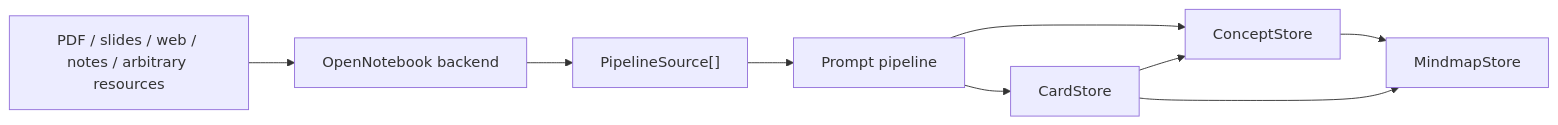
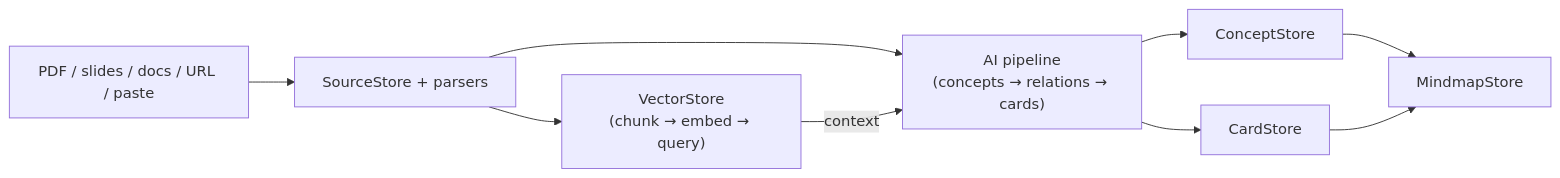
One commit to yizhang-dream/siyuan-all-in-one changed the diagram in README.md. Above: the diagram before and after it, drawn with Mermaid. The commit also changed other lines of this file and 2 other files, not shown here.

Commit message:
docs: rewrite README and ARCHITECTURE for v2.0 state

````diff
--- a/README.md
+++ b/README.md
@@ -24,19 +19,19 @@
 ```mermaid
 flowchart LR
-  Raw["PDF / slides / web / notes / arbitrary resources"]
-  ON["OpenNotebook backend"]
-  Sources["PipelineSource[]"]
-  AI["Prompt pipeline"]
+  Raw["PDF / slides / docs / URL / paste"]
+  Sources["SourceStore + parsers"]
+  AI["AI pipeline\n(concepts → relations → cards)"]
   Concepts["ConceptStore"]
   Cards["CardStore"]
   Maps["MindmapStore"]
+  RAG["VectorStore\n(chunk → embed → query)"]
 
-  Raw --> ON
-  ON --> Sources
+  Raw --> Sources
   Sources --> AI
+  Sources --> RAG
   AI --> Concepts
   AI --> Cards
   Concepts --> Maps
   Cards --> Maps
-  Cards --> Concepts
+  RAG -->|"context"| AI
 ```
````
